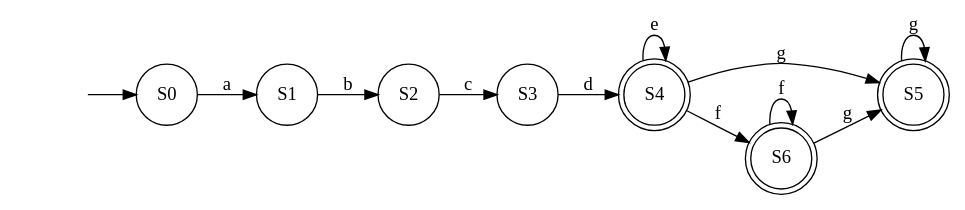
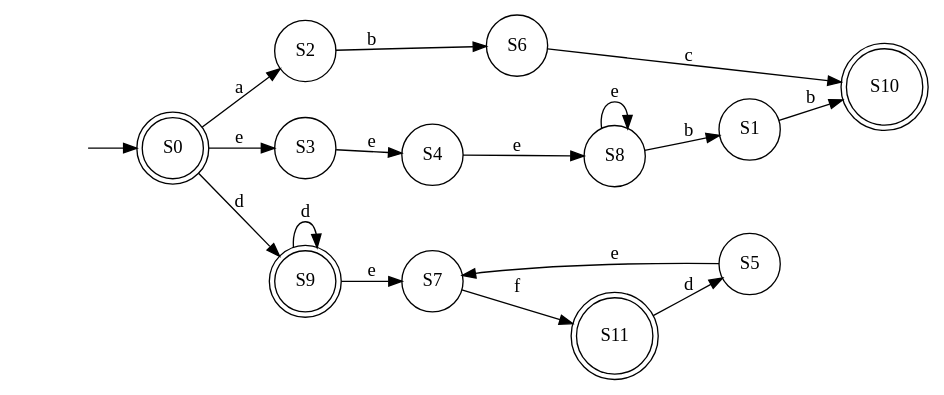
The diagram in lab2/dfa_m.dot (konstantin2506/automata_theory), drawn with Graphviz before and after one commit. The commit also changed 515 other files, not shown here.

```diff
--- a/lab2/dfa_m.dot
+++ b/lab2/dfa_m.dot
@@ -1,26 +1,36 @@
 digraph DFA {
     rankdir=LR;
 
     start [shape=none, label=""];
 
-    0 [label="S0", shape=circle];
+    0 [label="S0", shape=doublecircle];
     1 [label="S1", shape=circle];
     2 [label="S2", shape=circle];
     3 [label="S3", shape=circle];
-    4 [label="S4", shape=doublecircle];
-    5 [label="S5", shape=doublecircle];
-    6 [label="S6", shape=doublecircle];
+    4 [label="S4", shape=circle];
+    5 [label="S5", shape=circle];
+    6 [label="S6", shape=circle];
+    7 [label="S7", shape=circle];
+    8 [label="S8", shape=circle];
+    9 [label="S9", shape=doublecircle];
+    10 [label="S10", shape=doublecircle];
+    11 [label="S11", shape=doublecircle];
 
     start -> 0;
 
-    0 -> 1 [label="a"];
-    1 -> 2 [label="b"];
-    2 -> 3 [label="c"];
-    3 -> 4 [label="d"];
-    4 -> 4 [label="e"];
-    4 -> 6 [label="f"];
-    4 -> 5 [label="g"];
-    5 -> 5 [label="g"];
-    6 -> 5 [label="g"];
-    6 -> 6 [label="f"];
+    0 -> 9 [label="d"];
+    0 -> 3 [label="e"];
+    0 -> 2 [label="a"];
+    1 -> 10 [label="b"];
+    2 -> 6 [label="b"];
+    3 -> 4 [label="e"];
+    4 -> 8 [label="e"];
+    5 -> 7 [label="e"];
+    6 -> 10 [label="c"];
+    7 -> 11 [label="f"];
+    8 -> 1 [label="b"];
+    8 -> 8 [label="e"];
+    9 -> 9 [label="d"];
+    9 -> 7 [label="e"];
+    11 -> 5 [label="d"];
 }
```
